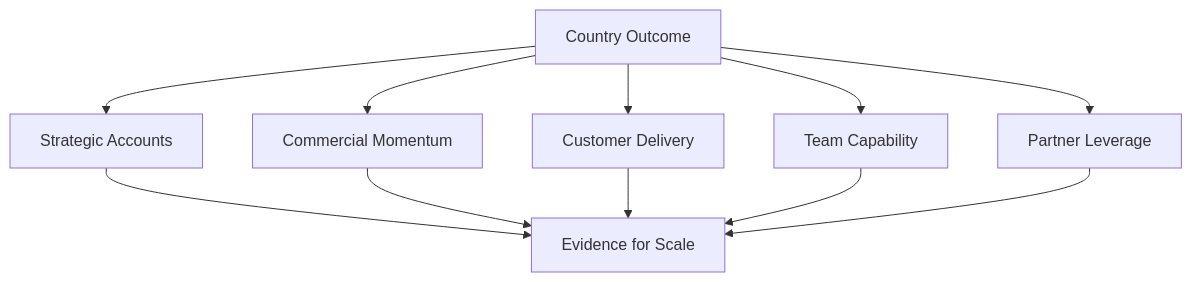
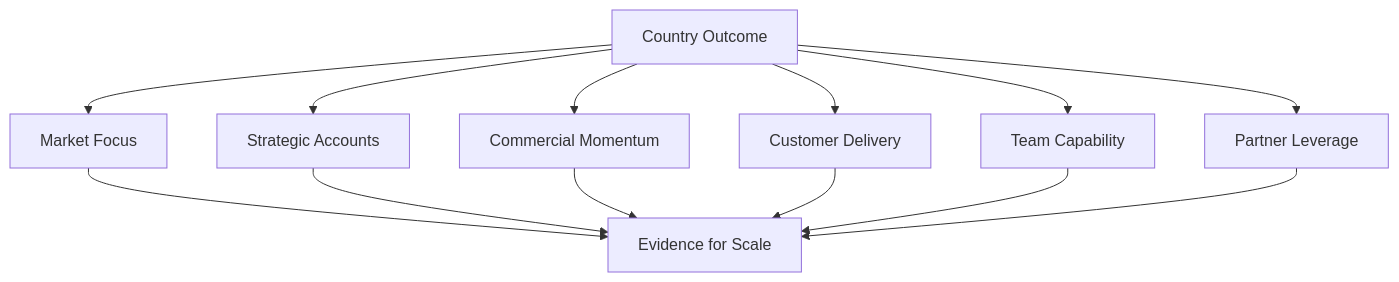
The sixth of 6 diagrams in examples/how-i-would-build-an-ai-country-business.md (psilva-git/enterprise-ai-delivery), drawn with Mermaid before and after one commit. The commit also changed other lines of this file, not shown here.

Commit message:
Strengthen 100-day country blueprint with commercial leadership methods

````diff
--- a/examples/how-i-would-build-an-ai-country-business.md
+++ b/examples/how-i-would-build-an-ai-country-business.md
@@ -298,14 +420,16 @@
 ```mermaid
 flowchart TB
-    C[Country Outcome] --> A[Strategic Accounts]
+    C[Country Outcome] --> M[Market Focus]
+    C --> A[Strategic Accounts]
     C --> B[Commercial Momentum]
     C --> D[Customer Delivery]
     C --> T[Team Capability]
     C --> P[Partner Leverage]
 
-    A --> X[Evidence for Scale]
+    M --> X[Evidence for Scale]
+    A --> X
     B --> X
     D --> X
     T --> X
     P --> X
 ```
````
